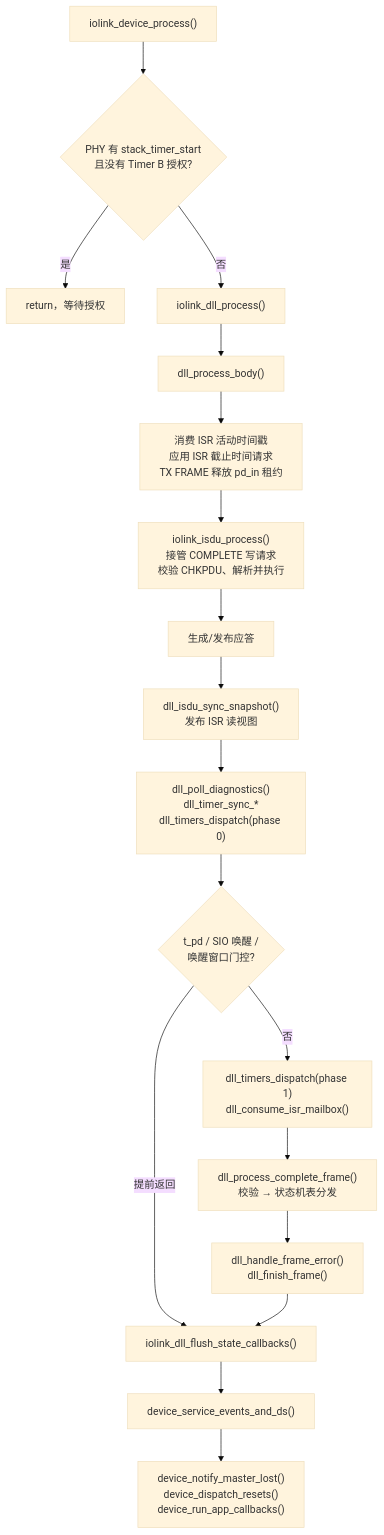
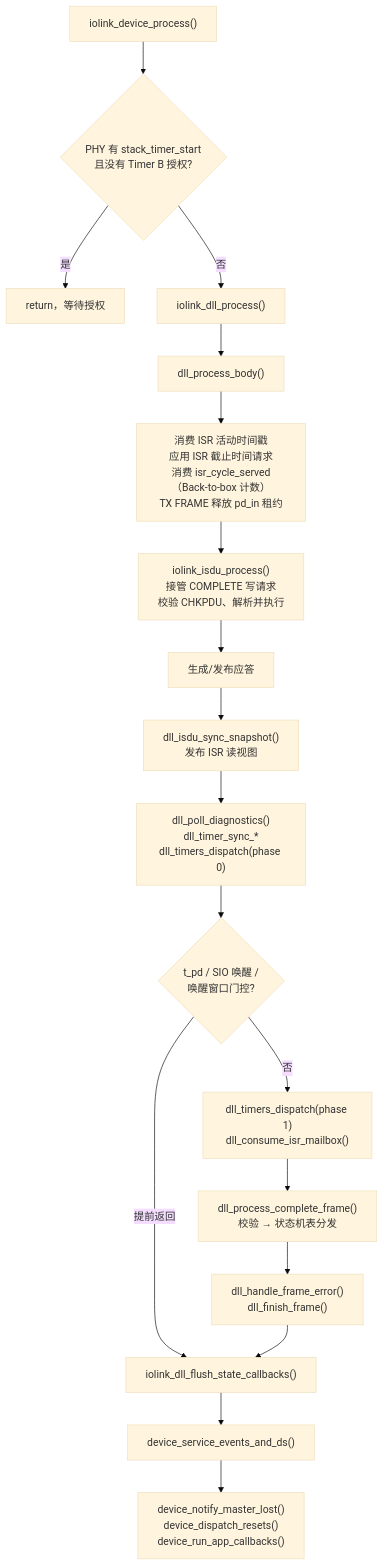
Before and after one commit to Adlyq/iolinki: the fifth of 17 diagrams in docs/CODE_FLOW.md, drawn with Mermaid (base theme). The commit also changed other lines of this file and 9 other files, not shown here.

First line of the commit message:
fix(sm): give the Back-to-box cycle counter a single writer

````diff
--- a/docs/CODE_FLOW.md
+++ b/docs/CODE_FLOW.md
@@ -324,20 +324,20 @@
 ```mermaid
 flowchart TD
     A["iolink_device_process()"] --> B{"PHY 有 stack_timer_start<br/>且没有 Timer B 授权?"}
     B -- 是 --> Z["return，等待授权"]
     B -- 否 --> C["iolink_dll_process()"]
     C --> C1["dll_process_body()"]
-    C1 --> C2["消费 ISR 活动时间戳<br/>应用 ISR 截止时间请求<br/>TX FRAME 释放 pd_in 租约"]
+    C1 --> C2["消费 ISR 活动时间戳<br/>应用 ISR 截止时间请求<br/>消费 isr_cycle_served（Back-to-box 计数）<br/>TX FRAME 释放 pd_in 租约"]
     C2 --> D["iolink_isdu_process()<br/>接管 COMPLETE 写请求<br/>校验 CHKPDU、解析并执行"]
     D --> E["生成/发布应答"]
     E --> F["dll_isdu_sync_snapshot()<br/>发布 ISR 读视图"]
     F --> G["dll_poll_diagnostics()<br/>dll_timer_sync_*<br/>dll_timers_dispatch(phase 0)"]
     G --> G1{"t_pd / SIO 唤醒 /<br/>唤醒窗口门控?"}
     G1 -- 提前返回 --> H
     G1 -- 否 --> G2["dll_timers_dispatch(phase 1)<br/>dll_consume_isr_mailbox()"]
     G2 --> K["dll_process_complete_frame()<br/>校验 → 状态机表分发"]
     K --> K1["dll_handle_frame_error()<br/>dll_finish_frame()"]
     K1 --> H["iolink_dll_flush_state_callbacks()"]
     H --> L["device_service_events_and_ds()"]
     L --> M["device_notify_master_lost()<br/>device_dispatch_resets()<br/>device_run_app_callbacks()"]
 ```
````
